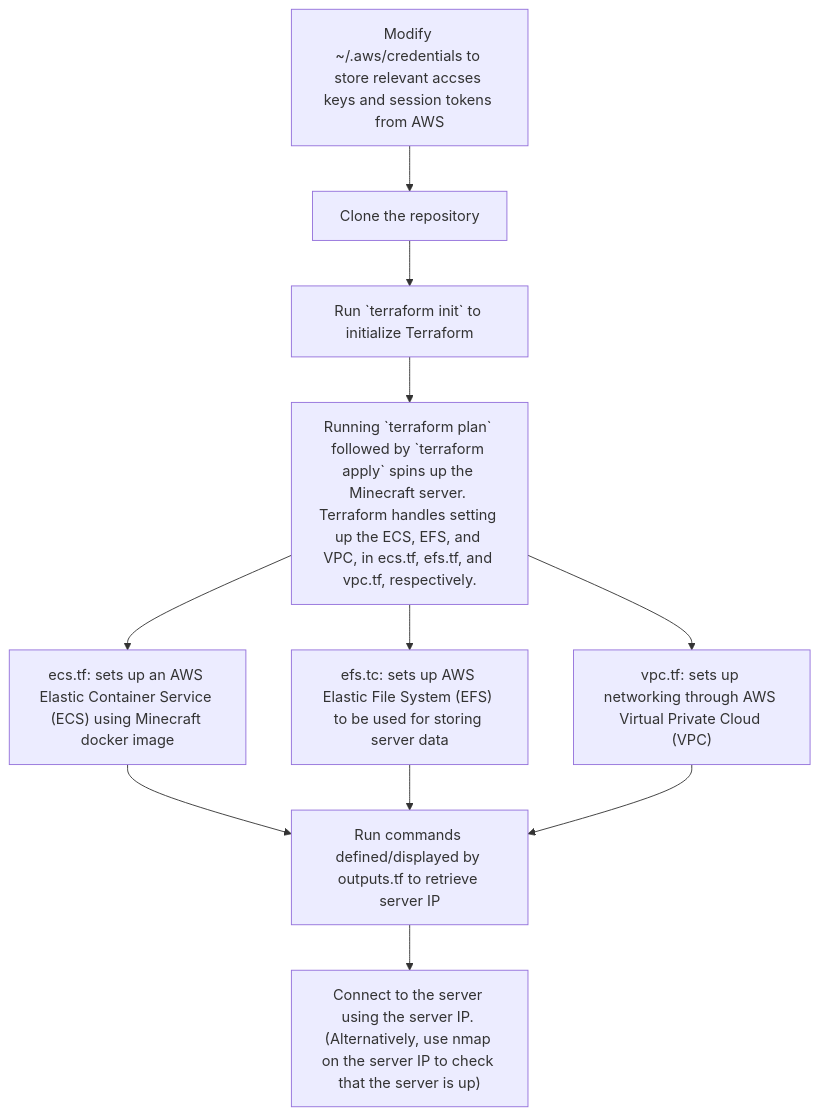
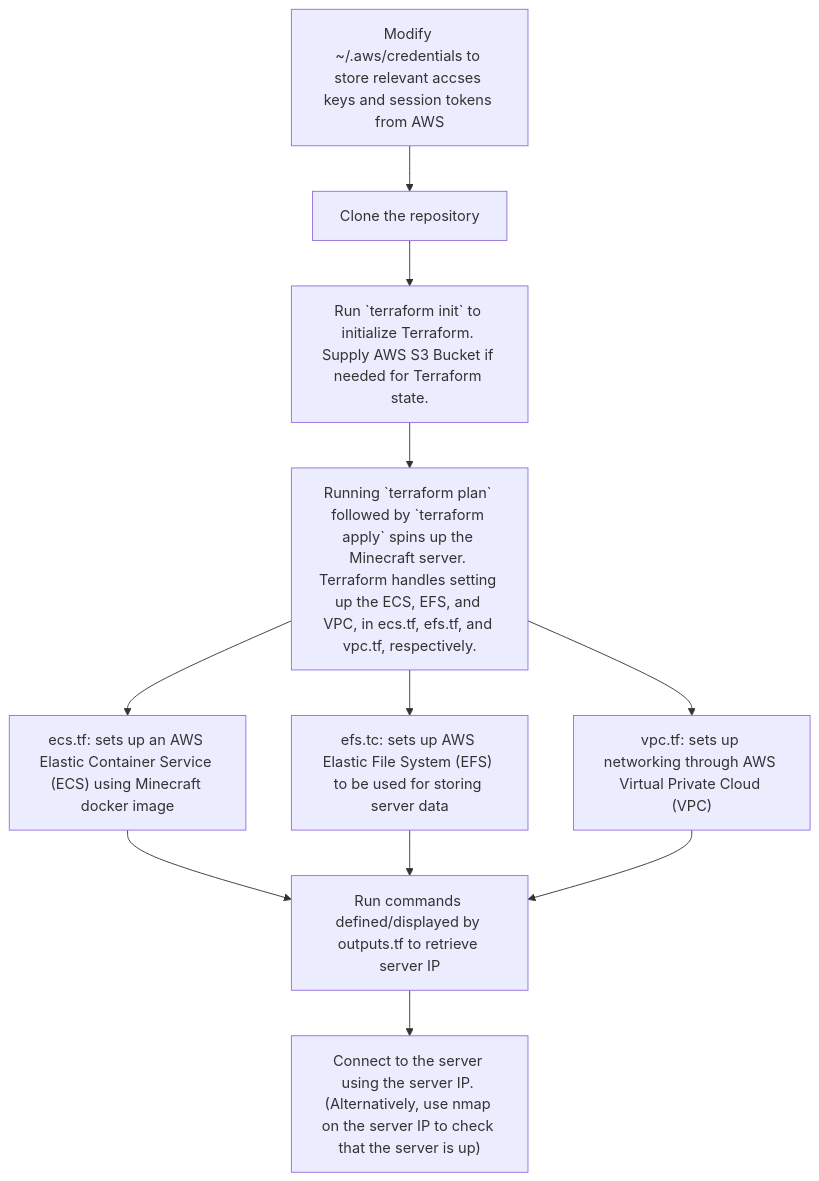
One commit to jamie-dang-n/CS_312_Course_Proj_pt2 changed the second of 2 diagrams in README.md. Above: the diagram before and after it, drawn with Mermaid. The commit also changed other lines of this file, not shown here.

````diff
--- a/README.md
+++ b/README.md
@@ -38,20 +38,20 @@
 ```mermaid
 flowchart TD
     aws["Modify ~/.aws/credentials to store relevant accses keys and session tokens from AWS"] 
     --> clone[Clone the repository] 
-    --> runInit["Run `terraform init` to initialize Terraform"]
+    --> runInit["Run `terraform init` to initialize Terraform. Supply AWS S3 Bucket if needed for Terraform state."]
     --> spinServer["Running `terraform plan` followed by `terraform apply` spins up the Minecraft server. Terraform handles setting up the ECS, EFS, and VPC, in ecs.tf, efs.tf, and vpc.tf, respectively. "]
     
     
     spinServer --> ecs["ecs.tf: sets up an AWS Elastic Container Service (ECS) using Minecraft docker image"]
     spinServer --> efs["efs.tc: sets up AWS Elastic File System (EFS) to be used for storing server data"]
     spinServer --> vpc["vpc.tf: sets up networking through AWS Virtual Private Cloud (VPC)"]
 
     getIP[Run commands defined/displayed by outputs.tf to retrieve server IP]
 
     ecs --> getIP
     efs --> getIP
     vpc --> getIP
 
     getIP --> connect["Connect to the server using the server IP. (Alternatively, use nmap on the server IP to check that the server is up)"]
 ```
````
